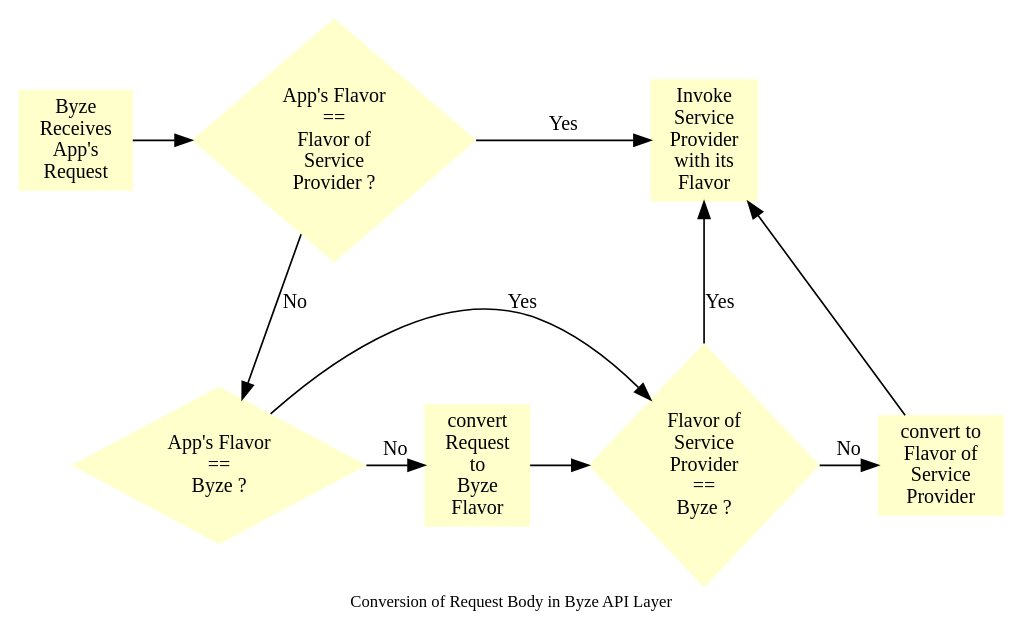
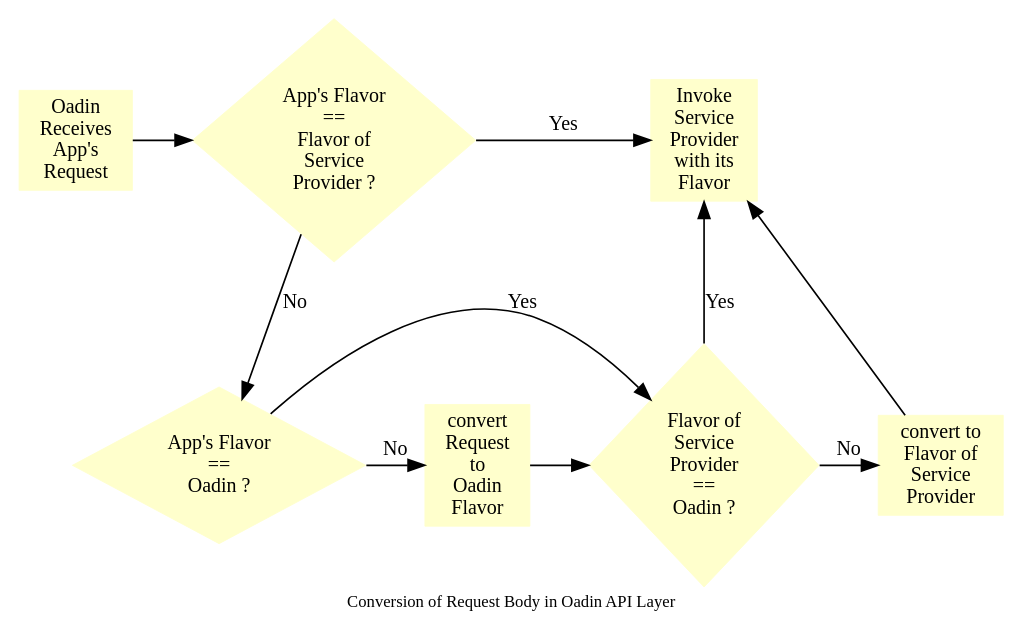
One commit to DigitalChinaOpenSource/oadin changed the second of 5 diagrams in docs/en/source/aog_mechanism.rst. Above: the diagram before and after it, drawn with Graphviz. The commit also changed other lines of this file and 117 other files, not shown here.

```diff
--- a/docs/en/source/aog_mechanism.rst
+++ b/docs/en/source/aog_mechanism.rst
@@ -154,39 +154,39 @@
 .. graphviz:: 
     :align: center
 
     digraph G {
         rankdir=TB
         compound=true
-        label = "Conversion of Request Body in Byze API Layer"
+        label = "Conversion of Request Body in Oadin API Layer"
         graph [fontname = "Verdana", fontsize = 10, style="filled", penwidth=0.5]
         node [fontname = "Verdana", fontsize = 12, shape=box, color="#ffffcc", style="filled", penwidth=0.5]
         edge [fontname = "Verdana", fontsize = 12 ]
 
-        receive [label="Byze \nReceives \nApp's \nRequest"]
+        receive [label="Oadin \nReceives \nApp's \nRequest"]
         is_same_flavor [label="App's Flavor\n==\nFlavor of \nService \nProvider ?", shape=diamond]
-        is_app_byze [label="App's Flavor \n==\nByze ?", shape=diamond]
-        is_sp_byze [label="Flavor of \nService\nProvider\n==\nByze ?", shape=diamond]
-        to_byze [label="convert\nRequest\nto\nByze\nFlavor"]
-        from_byze [label="convert to\nFlavor of\nService\nProvider"]
+        is_app_oadin [label="App's Flavor \n==\nOadin ?", shape=diamond]
+        is_sp_oadin [label="Flavor of \nService\nProvider\n==\nOadin ?", shape=diamond]
+        to_oadin [label="convert\nRequest\nto\nOadin\nFlavor"]
+        from_oadin [label="convert to\nFlavor of\nService\nProvider"]
         invoke [label="Invoke\nService\nProvider\nwith its\nFlavor"]
 
         receive->is_same_flavor
         is_same_flavor->invoke [label="Yes"]
-        is_same_flavor->is_app_byze [label="No"]
-        is_app_byze -> is_sp_byze [label="Yes"]
-        is_app_byze -> to_byze [label="No"]
-        to_byze -> is_sp_byze
-        is_sp_byze -> invoke [label="Yes"]
-        is_sp_byze -> from_byze [label="No"]
-        from_byze -> invoke
+        is_same_flavor->is_app_oadin [label="No"]
+        is_app_oadin -> is_sp_oadin [label="Yes"]
+        is_app_oadin -> to_oadin [label="No"]
+        to_oadin -> is_sp_oadin
+        is_sp_oadin -> invoke [label="Yes"]
+        is_sp_oadin -> from_oadin [label="No"]
+        from_oadin -> invoke
 
         subgraph r1 {
             rank="same"
             receive, is_same_flavor, invoke
         }
 
         subgraph r2 {
             rank="same"
-            is_app_byze, to_byze, is_sp_byze, from_byze
+            is_app_oadin, to_oadin, is_sp_oadin, from_oadin
         }
     }
```
